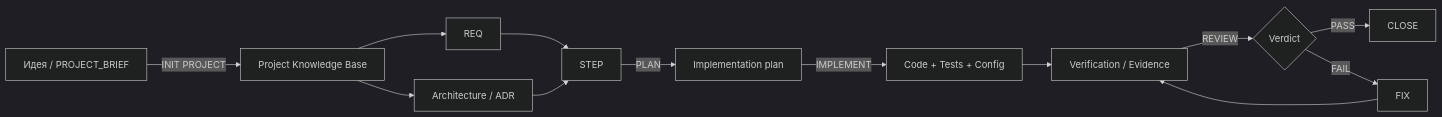
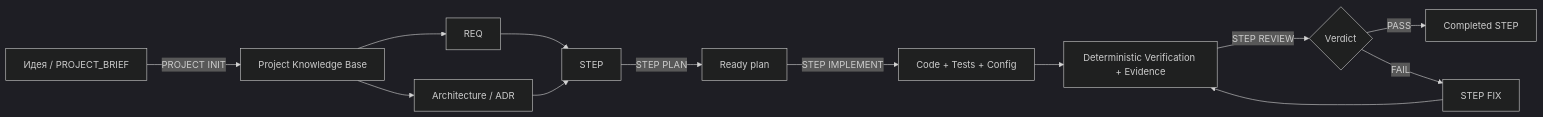
One commit to ai-development-harness/.github changed the first of 2 diagrams in profile/README.md. Above: the diagram before and after it, drawn with Mermaid (dark theme). The commit also changed other lines of this file and 6 other files, not shown here.

````diff
--- a/profile/README.md
+++ b/profile/README.md
@@ -42,15 +46,15 @@
 ```mermaid
 flowchart LR
-    A["Идея / PROJECT_BRIEF"] -->|"INIT PROJECT"| B["Project Knowledge Base"]
+    A["Идея / PROJECT_BRIEF"] -->|"PROJECT INIT"| B["Project Knowledge Base"]
     B --> C["REQ"]
     B --> D["Architecture / ADR"]
     C --> E["STEP"]
     D --> E
-    E -->|"PLAN"| F["Implementation plan"]
-    F -->|"IMPLEMENT"| G["Code + Tests + Config"]
-    G --> H["Verification / Evidence"]
-    H -->|"REVIEW"| I{"Verdict"}
-    I -->|"PASS"| J["CLOSE"]
-    I -->|"FAIL"| K["FIX"]
+    E -->|"STEP PLAN"| F["Ready plan"]
+    F -->|"STEP IMPLEMENT"| G["Code + Tests + Config"]
+    G --> H["Deterministic Verification + Evidence"]
+    H -->|"STEP REVIEW"| I{"Verdict"}
+    I -->|"PASS"| J["Completed STEP"]
+    I -->|"FAIL"| K["STEP FIX"]
     K --> H
 ```
````
